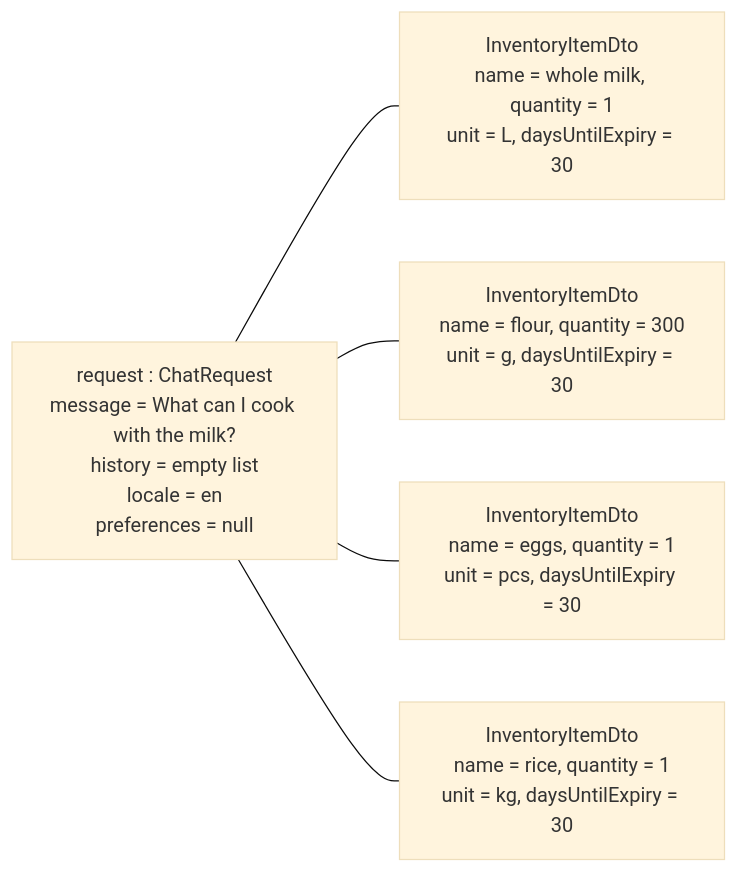
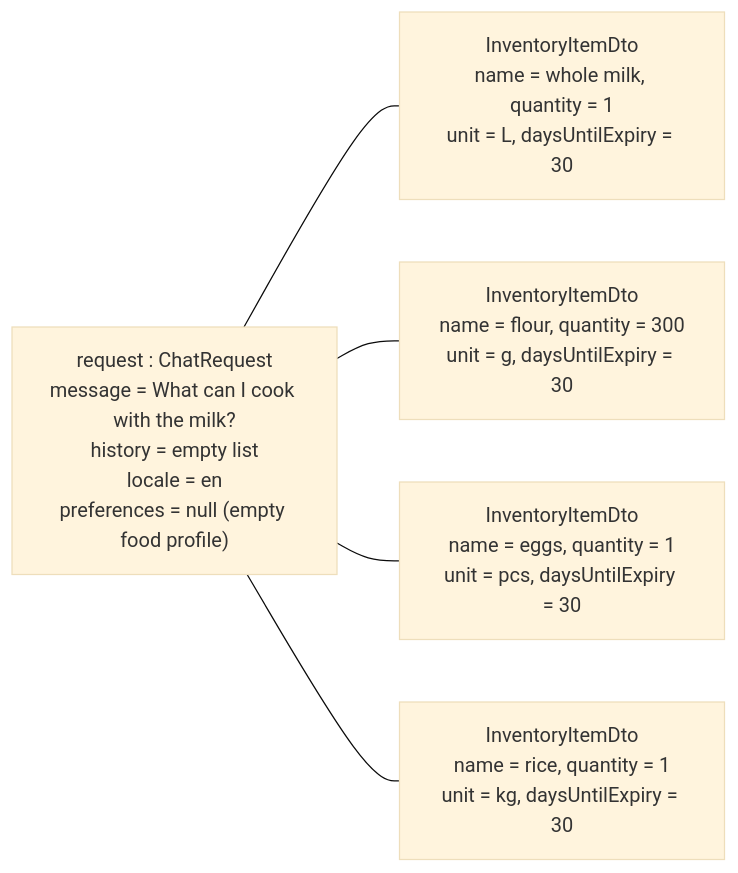
One commit to HZohra/PantryWise-Group-Project changed the diagram in docs/diagrams/src/02-design-09.mmd. Above: the diagram before and after it, drawn with Mermaid (base theme). The commit also changed 28 other files, not shown here.

First line of the commit message:
Update documentation for the food profile PR and show it before the permission dialog

```diff
--- a/docs/diagrams/src/02-design-09.mmd
+++ b/docs/diagrams/src/02-design-09.mmd
@@ -1,10 +1,10 @@
 flowchart LR
-    req["request : ChatRequest<br/>message = What can I cook with the milk?<br/>history = empty list<br/>locale = en<br/>preferences = null"]
+    req["request : ChatRequest<br/>message = What can I cook with the milk?<br/>history = empty list<br/>locale = en<br/>preferences = null (empty food profile)"]
     i1["InventoryItemDto<br/>name = whole milk, quantity = 1<br/>unit = L, daysUntilExpiry = 30"]
     i2["InventoryItemDto<br/>name = flour, quantity = 300<br/>unit = g, daysUntilExpiry = 30"]
     i3["InventoryItemDto<br/>name = eggs, quantity = 1<br/>unit = pcs, daysUntilExpiry = 30"]
     i4["InventoryItemDto<br/>name = rice, quantity = 1<br/>unit = kg, daysUntilExpiry = 30"]
     req --- i1
     req --- i2
     req --- i3
     req --- i4
```
